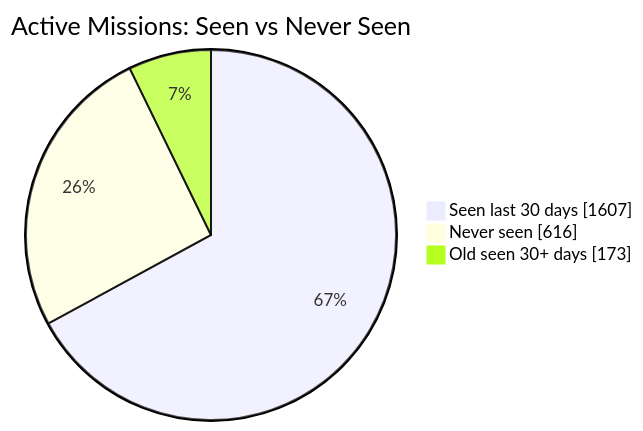
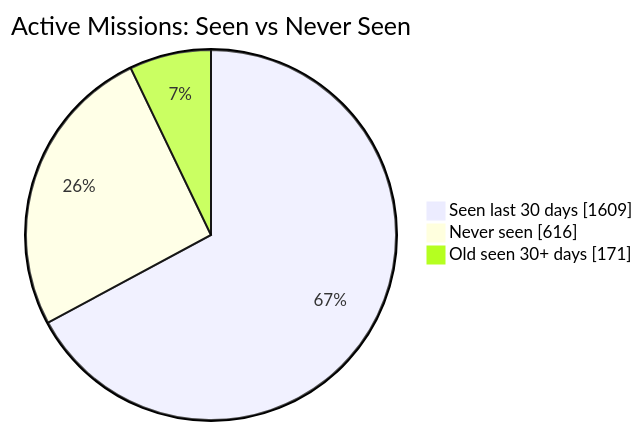
The first of 2 diagrams in README.md (MeldkamerspelGameTeam/active-missions), drawn with Mermaid before and after one commit. The commit also changed other lines of this file and 3 other files, not shown here.

````diff
--- a/README.md
+++ b/README.md
@@ -34,7 +34,7 @@
 ```mermaid
 pie showData
     title Active Missions: Seen vs Never Seen
-    "Seen last 30 days" : 1607
+    "Seen last 30 days" : 1609
     "Never seen" : 616
-    "Old seen 30+ days" : 173
+    "Old seen 30+ days" : 171
 ```
````
